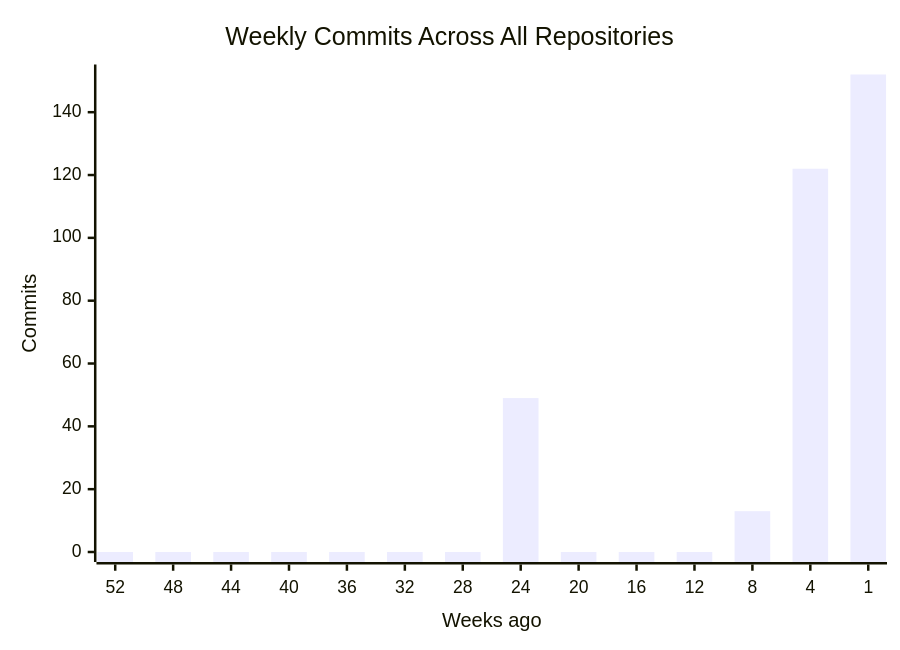
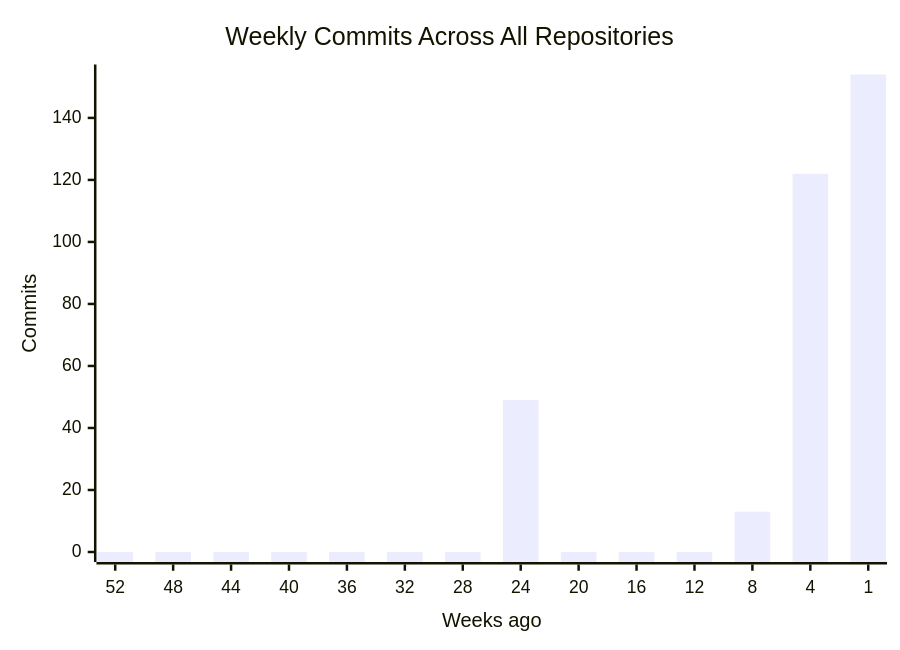
One commit to CSTH-Projects/.github changed the first of 4 diagrams in profile/README.md. Above: the diagram before and after it, drawn with Mermaid. The commit also changed other lines of this file, not shown here.

````diff
--- a/profile/README.md
+++ b/profile/README.md
@@ -16,7 +16,7 @@
 ```mermaid
 xychart-beta
     title "Weekly Commits Across All Repositories"
     x-axis "Weeks ago" [52, 48, 44, 40, 36, 32, 28, 24, 20, 16, 12, 8, 4, 1]
     y-axis "Commits"
-    bar [0, 0, 0, 0, 0, 0, 0, 49, 0, 0, 0, 13, 122, 152]
+    bar [0, 0, 0, 0, 0, 0, 0, 49, 0, 0, 0, 13, 122, 154]
 ```
````
